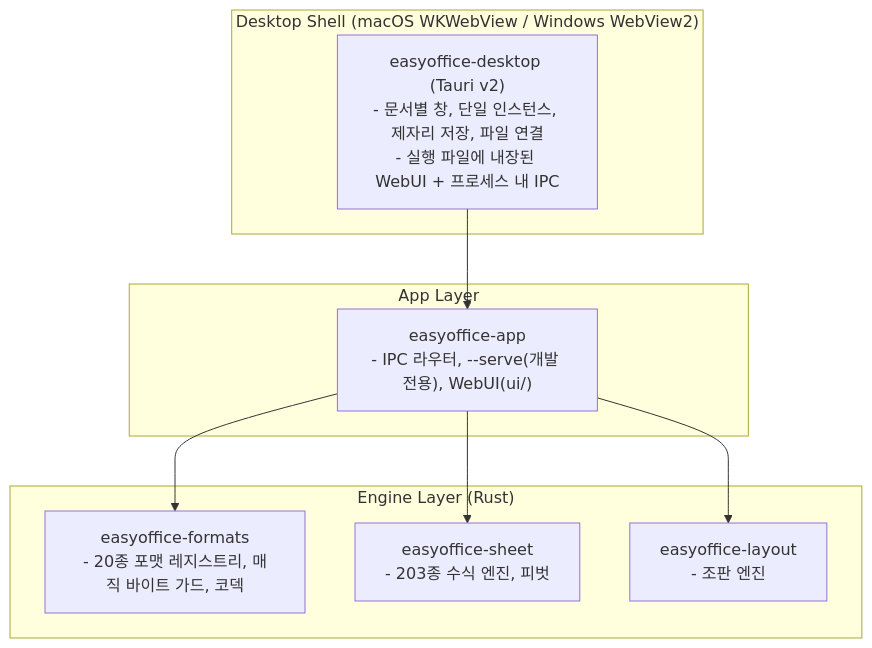
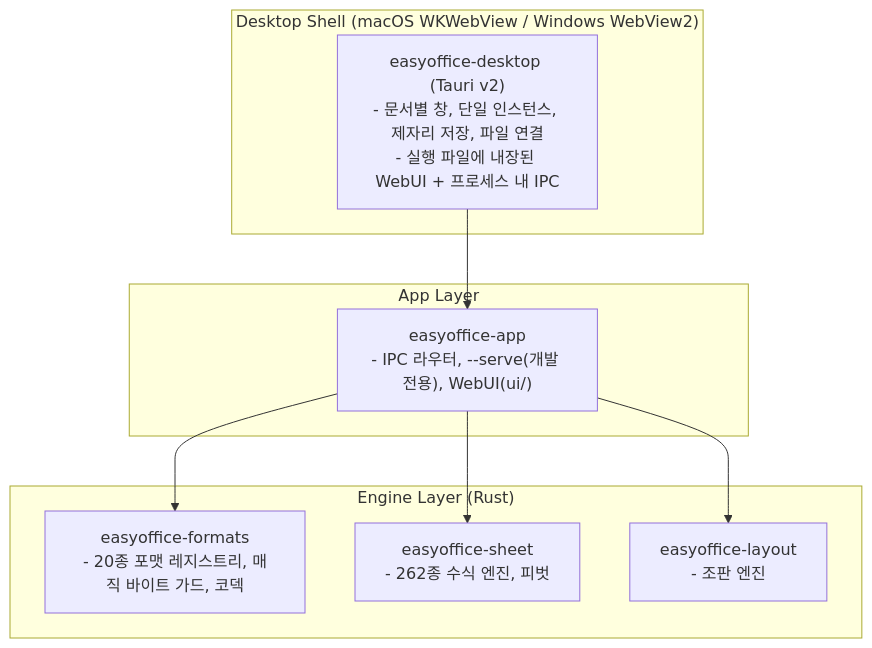
One commit to AquilaXk/easyoffice changed the diagram in docs/architecture.md. Above: the diagram before and after it, drawn with Mermaid. The commit also changed other lines of this file and 28 other files, not shown here.

````diff
--- a/docs/architecture.md
+++ b/docs/architecture.md
@@ -9,18 +9,18 @@
 ```mermaid
 flowchart TD
     subgraph ShellLayer["Desktop Shell (macOS WKWebView / Windows WebView2)"]
         Desktop["easyoffice-desktop (Tauri v2)\n- 문서별 창, 단일 인스턴스, 제자리 저장, 파일 연결\n- 실행 파일에 내장된 WebUI + 프로세스 내 IPC"]
     end
     subgraph AppLayer["App Layer"]
         App["easyoffice-app\n- IPC 라우터, --serve(개발 전용), WebUI(ui/)"]
     end
     subgraph CoreLayer["Engine Layer (Rust)"]
         Formats["easyoffice-formats\n- 20종 포맷 레지스트리, 매직 바이트 가드, 코덱"]
-        Sheet["easyoffice-sheet\n- 203종 수식 엔진, 피벗"]
+        Sheet["easyoffice-sheet\n- 262종 수식 엔진, 피벗"]
         Layout["easyoffice-layout\n- 조판 엔진"]
     end
     Desktop --> App
     App --> Formats
     App --> Sheet
     App --> Layout
 ```
````
